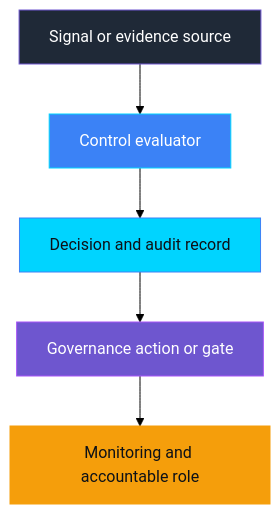
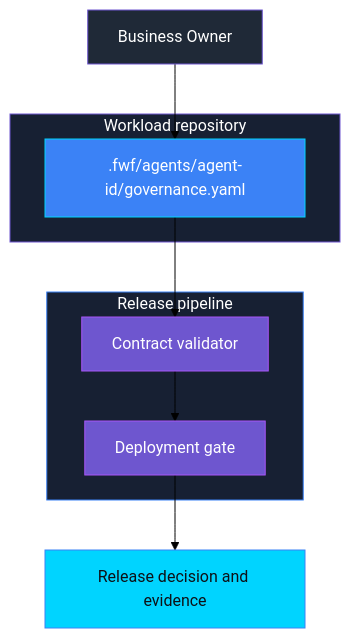
The second of 2 diagrams in controls/autonomy_and_human_oversight/AUT-PRE-002_hitl_gates_missing/README.md (doruit/forged-with-foundry), drawn with Mermaid (forest theme) before and after one commit. The commit also changed other lines of this file and 23 other files, not shown here.

First line of the commit message:
feat(aut-002): implement irreversible action gate with ACS approval and live Chainlit demo

````diff
--- a/controls/autonomy_and_human_oversight/AUT-PRE-002_hitl_gates_missing/README.md
+++ b/controls/autonomy_and_human_oversight/AUT-PRE-002_hitl_gates_missing/README.md
@@ -76,18 +143,25 @@
 ```mermaid
 flowchart TB
-    S[Signal or evidence source] --> C[Control evaluator]
-    C --> R[Decision and audit record]
-    R --> G[Governance action or gate]
-    G --> M[Monitoring and accountable role]
+    subgraph Repo[Workload repository]
+        G[.fwf/agents/agent-id/governance.yaml]
+    end
+    subgraph CI[Release pipeline]
+        V[Contract validator]
+        D[Deployment gate]
+    end
+    G --> V
+    V --> D
+    D --> E[Release decision and evidence]
+    O[Business Owner] --> G
 
+    style Repo fill:#172033,stroke:#6E56CF,color:#FFFFFF
+    style CI fill:#172033,stroke:#3B82F6,color:#FFFFFF
     classDef governance fill:#6E56CF,stroke:#A855F7,color:#FFFFFF
     classDef platform fill:#3B82F6,stroke:#00D4FF,color:#FFFFFF
     classDef evidence fill:#00D4FF,stroke:#3B82F6,color:#0D1117
     classDef neutral fill:#1F2937,stroke:#6E56CF,color:#FFFFFF
-    classDef attention fill:#F59E0B,stroke:#F59E0B,color:#0D1117
-    class S neutral
-    class C platform
-    class R evidence
-    class G governance
-    class M attention
+    class G platform
+    class V,D governance
+    class E evidence
+    class O neutral
 ```
````
